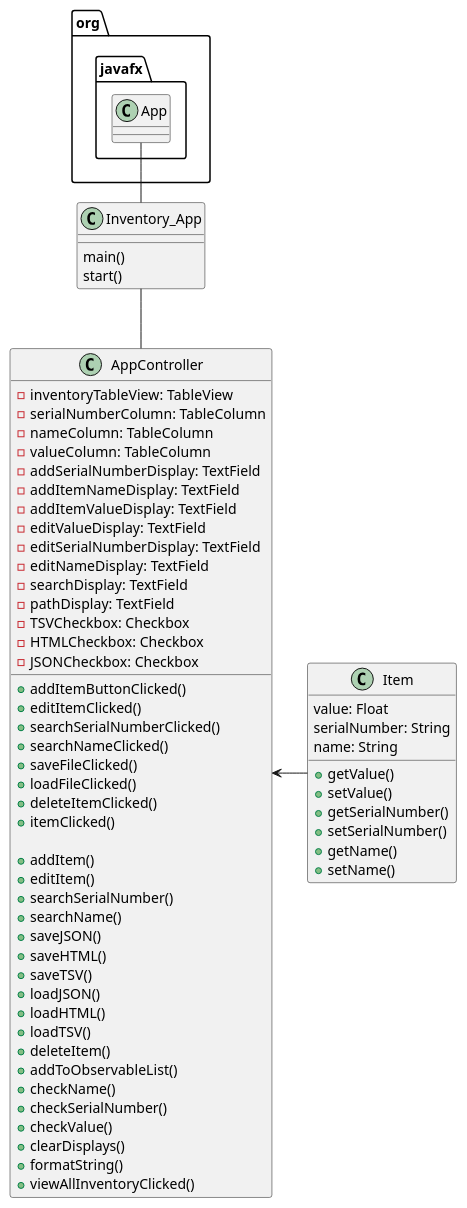
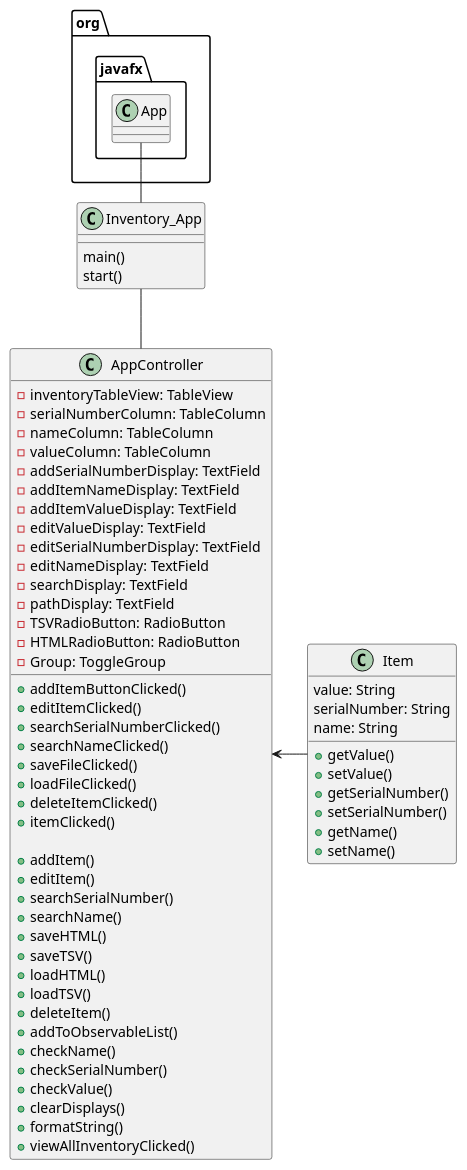
Before and after one commit to Mauricio1629/rios-3460-a5: the diagram in UML_Diagram/InventoryApp.puml, drawn with PlantUML. The commit also changed 6 other files, not shown here.

```diff
--- a/UML_Diagram/InventoryApp.puml
+++ b/UML_Diagram/InventoryApp.puml
@@ -1,71 +1,69 @@
 @startuml
 class Inventory_App{
     main()
     start()
 }
 
 class AppController{
     - inventoryTableView: TableView
     - serialNumberColumn: TableColumn
     - nameColumn: TableColumn
     - valueColumn: TableColumn
     - addSerialNumberDisplay: TextField
     - addItemNameDisplay: TextField
     - addItemValueDisplay: TextField
     - editValueDisplay: TextField
     - editSerialNumberDisplay: TextField
     - editNameDisplay: TextField
     - searchDisplay: TextField
     - pathDisplay: TextField
-    - TSVCheckbox: Checkbox
-    - HTMLCheckbox: Checkbox
-    - JSONCheckbox: Checkbox
+    - TSVRadioButton: RadioButton
+    - HTMLRadioButton: RadioButton
+    - Group: ToggleGroup
 
     + addItemButtonClicked()
     + editItemClicked()
     + searchSerialNumberClicked()
     + searchNameClicked()
     + saveFileClicked()
     + loadFileClicked()
     + deleteItemClicked()
     + itemClicked()
 
     + addItem()
     + editItem()
     + searchSerialNumber()
     + searchName()
-    + saveJSON()
     + saveHTML()
     + saveTSV()
-    + loadJSON()
     + loadHTML()
     + loadTSV()
     + deleteItem()
     + addToObservableList()
     + checkName()
     + checkSerialNumber()
     + checkValue()
     + clearDisplays()
     + formatString()
     + viewAllInventoryClicked()
 
 }
 
 class Item{
-    value: Float
+    value: String
     serialNumber: String
     name: String
 
     +getValue()
     +setValue()
     +getSerialNumber()
     +setSerialNumber()
     +getName()
     +setName()
 }
 
 org.javafx.App -- Inventory_App
 Inventory_App -- AppController
 AppController <- Item
 
 @enduml
```
